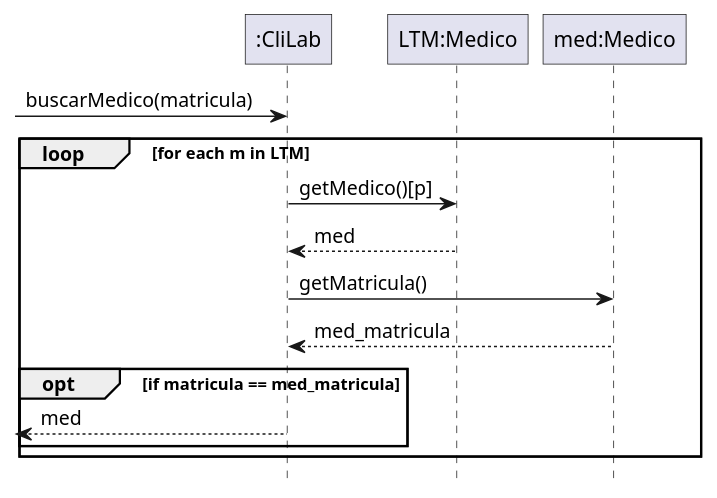
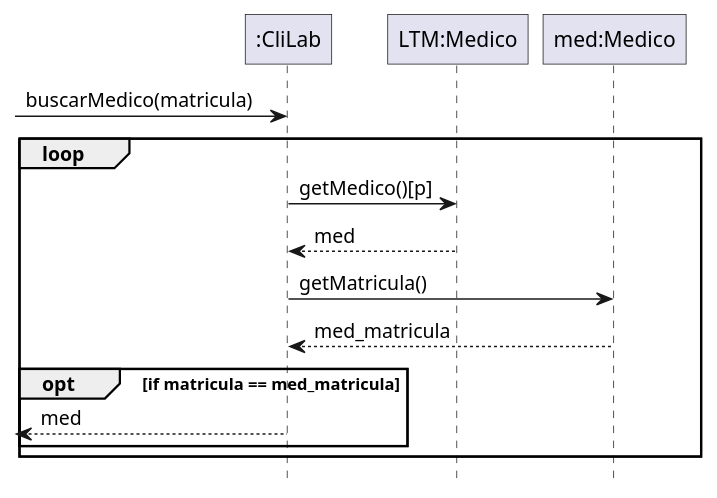
Before and after one commit to Z0SO/UML-Practice: the fourth of 9 diagrams in 1-Repaso recuperatorio/Repaso Recuperatorio.md, drawn with PlantUML. The commit also changed 1 other file, not shown here.

Commit message:
bkp -> 2024-08-14 14:37:29

````diff
--- a/1-Repaso recuperatorio/Repaso Recuperatorio.md
+++ b/1-Repaso recuperatorio/Repaso Recuperatorio.md
@@ -372,47 +372,47 @@
 ```plantuml
 @startuml
 
 hide footbox
 
 skinparam participant {
   RoundCorner 0
 }
 
 
 participant ":CliLab" as sistema
 participant "LTM:Medico" as ltm
 
 participant "med:Medico" as medico
 
 
 
 ' Parte del diagrama
 ' ESTO ES LA BUSQUEDA DE MANERA ELEMENTAL
 
 
 
 
 sistema <-[ : buscarMedico(matricula)
 
-loop for each m in LTM
+loop
 
     sistema -> ltm: getMedico()[p]
     ltm --> sistema: med
 
     sistema -> medico: getMatricula()
     medico --> sistema: med_matricula
 
     opt if matricula == med_matricula
        'version de lautaro que lo censuraron
         ' break
         '     sistema -->[ : med 
         ' end
 
         ' version de mujeres opresoras
         sistema -->[ : med
     end
 end
 
 
 @enduml
 ```
````
